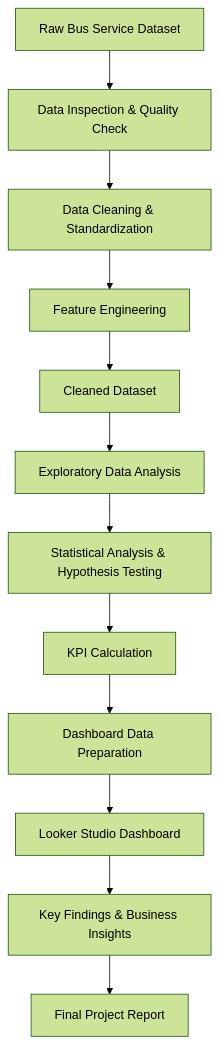
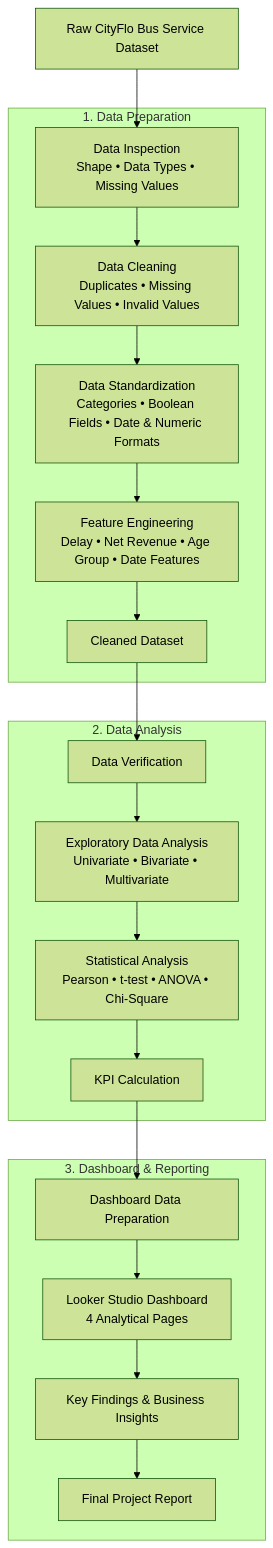
Before and after one commit to Rosmi2508/CityFlo-Bus-Service-Analytics: the diagram in README.md, drawn with Mermaid (forest theme). The commit also changed other lines of this file, not shown here.

````diff
--- a/README.md
+++ b/README.md
@@ -70,25 +72,41 @@
 ```mermaid
 flowchart TD
-    A[Raw Bus Service Dataset]
-    --> B[Data Inspection & Quality Check]
 
-    B --> C[Data Cleaning & Standardization]
+    A[Raw CityFlo Bus Service Dataset]
 
-    C --> D[Feature Engineering]
+    subgraph P1["1. Data Preparation"]
+        B[Data Inspection<br/>Shape • Data Types • Missing Values]
+        C[Data Cleaning<br/>Duplicates • Missing Values • Invalid Values]
+        D[Data Standardization<br/>Categories • Boolean Fields • Date & Numeric Formats]
+        E[Feature Engineering<br/>Delay • Net Revenue • Age Group • Date Features]
+        F[Cleaned Dataset]
+    end
 
-    D --> E[Cleaned Dataset]
+    subgraph P2["2. Data Analysis"]
+        G[Data Verification]
+        H[Exploratory Data Analysis<br/>Univariate • Bivariate • Multivariate]
+        I[Statistical Analysis<br/>Pearson • t-test • ANOVA • Chi-Square]
+        J[KPI Calculation]
+    end
 
-    E --> F[Exploratory Data Analysis]
+    subgraph P3["3. Dashboard & Reporting"]
+        K[Dashboard Data Preparation]
+        L[Looker Studio Dashboard<br/>4 Analytical Pages]
+        M[Key Findings & Business Insights]
+        N[Final Project Report]
+    end
 
-    F --> G[Statistical Analysis & Hypothesis Testing]
-
-    G --> H[KPI Calculation]
-
-    H --> I[Dashboard Data Preparation]
-
-    I --> J[Looker Studio Dashboard]
-
-    J --> K[Key Findings & Business Insights]
-
-    K --> L[Final Project Report]
+    A --> B
+    B --> C
+    C --> D
+    D --> E
+    E --> F
+    F --> G
+    G --> H
+    H --> I
+    I --> J
+    J --> K
+    K --> L
+    L --> M
+    M --> N
 ```
````
